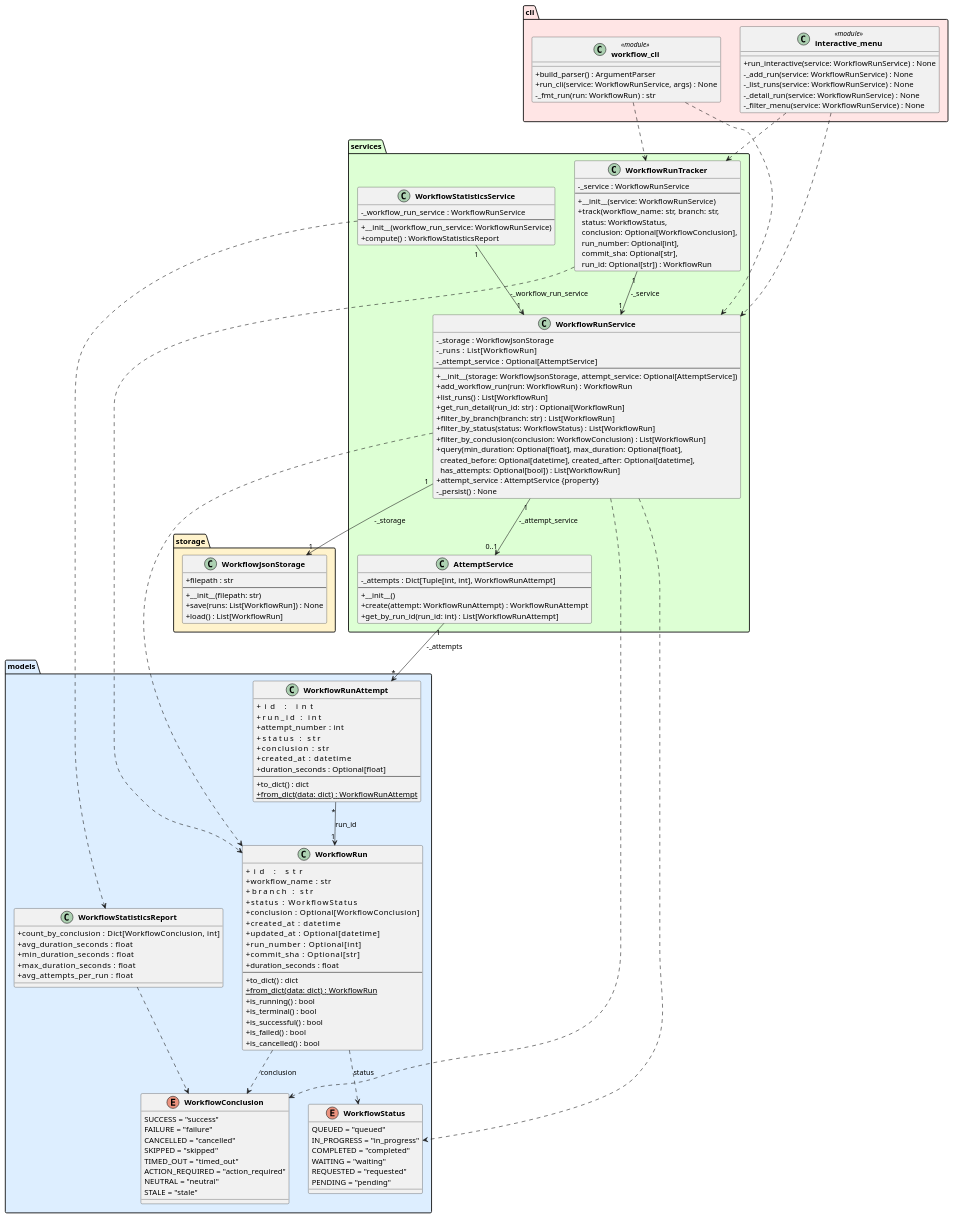
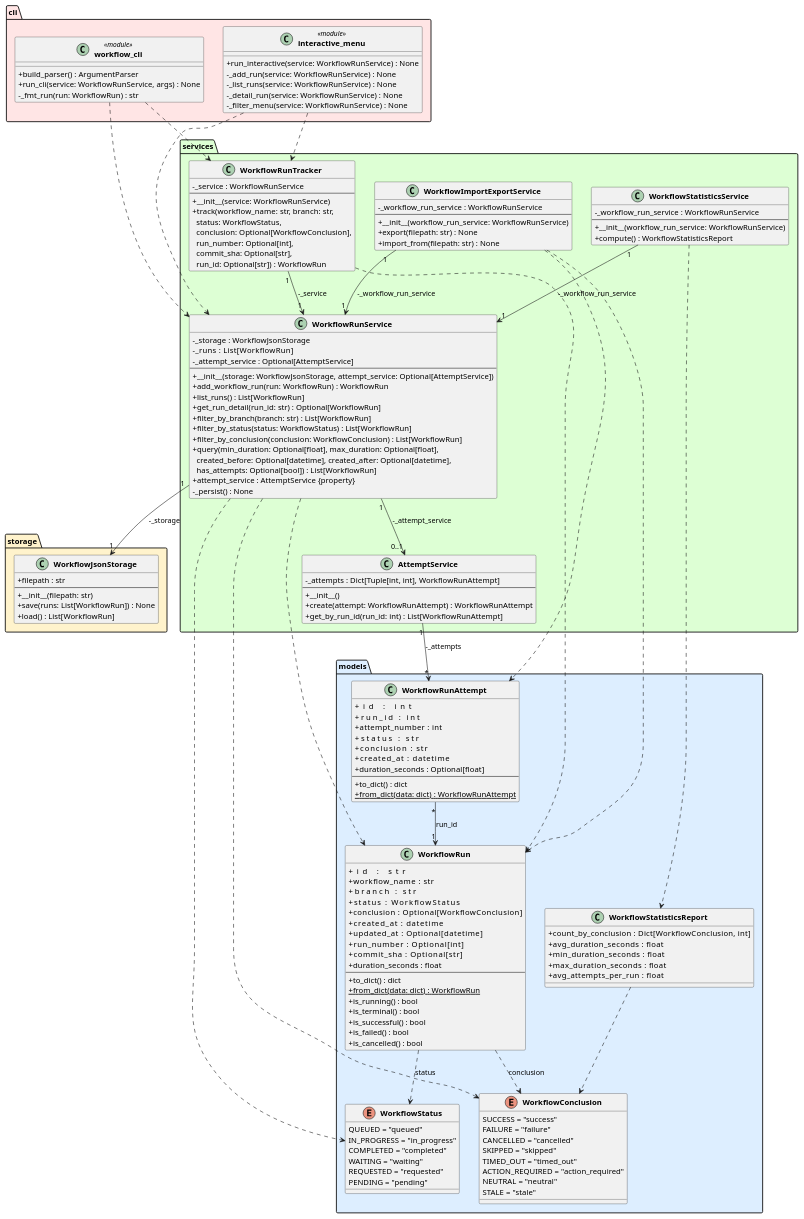
The diagram in experiments/supervisor_as_tools/test_driven/github-workflow-manager/artifacts/class_diagram.puml (DanielRiha8906/Software_autoevolution_using_agents), drawn with PlantUML before and after one commit. The commit also changed 6 other files, not shown here.

```diff
--- a/experiments/supervisor_as_tools/test_driven/github-workflow-manager/artifacts/class_diagram.puml
+++ b/experiments/supervisor_as_tools/test_driven/github-workflow-manager/artifacts/class_diagram.puml
@@ -1,156 +1,167 @@
 @startuml class_diagram
 
 skinparam classAttributeIconSize 0
 skinparam classFontStyle bold
 
 package "models" #DDEEFF {
     enum WorkflowStatus {
         QUEUED = "queued"
         IN_PROGRESS = "in_progress"
         COMPLETED = "completed"
         WAITING = "waiting"
         REQUESTED = "requested"
         PENDING = "pending"
     }
 
     enum WorkflowConclusion {
         SUCCESS = "success"
         FAILURE = "failure"
         CANCELLED = "cancelled"
         SKIPPED = "skipped"
         TIMED_OUT = "timed_out"
         ACTION_REQUIRED = "action_required"
         NEUTRAL = "neutral"
         STALE = "stale"
     }
 
     class WorkflowRun {
         +id                : str
         +workflow_name     : str
         +branch            : str
         +status            : WorkflowStatus
         +conclusion        : Optional[WorkflowConclusion]
         +created_at        : datetime
         +updated_at        : Optional[datetime]
         +run_number        : Optional[int]
         +commit_sha        : Optional[str]
         +duration_seconds  : float
         --
         +to_dict() : dict
         +{static} from_dict(data: dict) : WorkflowRun
         +is_running() : bool
         +is_terminal() : bool
         +is_successful() : bool
         +is_failed() : bool
         +is_cancelled() : bool
     }
 
     class WorkflowRunAttempt {
         +id                : int
         +run_id            : int
         +attempt_number    : int
         +status            : str
         +conclusion        : str
         +created_at        : datetime
         +duration_seconds  : Optional[float]
         --
         +to_dict() : dict
         +{static} from_dict(data: dict) : WorkflowRunAttempt
     }
 
     class WorkflowStatisticsReport {
         +count_by_conclusion      : Dict[WorkflowConclusion, int]
         +avg_duration_seconds     : float
         +min_duration_seconds     : float
         +max_duration_seconds     : float
         +avg_attempts_per_run     : float
     }
 }
 
 package "storage" #FFF3CC {
     class WorkflowJsonStorage {
         +filepath : str
         --
         +__init__(filepath: str)
         +save(runs: List[WorkflowRun]) : None
         +load() : List[WorkflowRun]
     }
 }
 
 package "services" #DDFFD4 {
     class WorkflowRunService {
         -_storage : WorkflowJsonStorage
         -_runs    : List[WorkflowRun]
         -_attempt_service : Optional[AttemptService]
         --
         +__init__(storage: WorkflowJsonStorage, attempt_service: Optional[AttemptService])
         +add_workflow_run(run: WorkflowRun) : WorkflowRun
         +list_runs() : List[WorkflowRun]
         +get_run_detail(run_id: str) : Optional[WorkflowRun]
         +filter_by_branch(branch: str) : List[WorkflowRun]
         +filter_by_status(status: WorkflowStatus) : List[WorkflowRun]
         +filter_by_conclusion(conclusion: WorkflowConclusion) : List[WorkflowRun]
         +query(min_duration: Optional[float], max_duration: Optional[float],\n  created_before: Optional[datetime], created_after: Optional[datetime],\n  has_attempts: Optional[bool]) : List[WorkflowRun]
         +attempt_service : AttemptService {property}
         -_persist() : None
     }
 
     class WorkflowRunTracker {
         -_service : WorkflowRunService
         --
         +__init__(service: WorkflowRunService)
         +track(workflow_name: str, branch: str,\n  status: WorkflowStatus,\n  conclusion: Optional[WorkflowConclusion],\n  run_number: Optional[int],\n  commit_sha: Optional[str],\n  run_id: Optional[str]) : WorkflowRun
     }
 
     class AttemptService {
         -_attempts : Dict[Tuple[int, int], WorkflowRunAttempt]
         --
         +__init__()
         +create(attempt: WorkflowRunAttempt) : WorkflowRunAttempt
         +get_by_run_id(run_id: int) : List[WorkflowRunAttempt]
     }
 
     class WorkflowStatisticsService {
         -_workflow_run_service : WorkflowRunService
         --
         +__init__(workflow_run_service: WorkflowRunService)
         +compute() : WorkflowStatisticsReport
     }
+
+    class WorkflowImportExportService {
+        -_workflow_run_service : WorkflowRunService
+        --
+        +__init__(workflow_run_service: WorkflowRunService)
+        +export(filepath: str) : None
+        +import_from(filepath: str) : None
+    }
 }
 
 package "cli" #FFE5E5 {
     class "workflow_cli" <<module>> {
         +build_parser() : ArgumentParser
         +run_cli(service: WorkflowRunService, args) : None
         -_fmt_run(run: WorkflowRun) : str
     }
 
     class "interactive_menu" <<module>> {
         +run_interactive(service: WorkflowRunService) : None
         -_add_run(service: WorkflowRunService) : None
         -_list_runs(service: WorkflowRunService) : None
         -_detail_run(service: WorkflowRunService) : None
         -_filter_menu(service: WorkflowRunService) : None
     }
 }
 
 WorkflowRun                ..>  WorkflowStatus             : status
 WorkflowRun                ..>  WorkflowConclusion         : conclusion
 WorkflowRunAttempt    "*" --> "1" WorkflowRun             : run_id
 WorkflowRunService    "1" --> "1" WorkflowJsonStorage     : -_storage
 WorkflowRunService    "1" --> "0..1" AttemptService       : -_attempt_service
 WorkflowRunService         ..>  WorkflowRun
 WorkflowRunService         ..>  WorkflowStatus
 WorkflowRunService         ..>  WorkflowConclusion
 WorkflowRunTracker    "1" --> "1" WorkflowRunService      : -_service
 WorkflowRunTracker         ..>  WorkflowRun
 AttemptService       "1" --> "*" WorkflowRunAttempt       : -_attempts
 WorkflowStatisticsService "1" --> "1" WorkflowRunService  : -_workflow_run_service
 WorkflowStatisticsService      ..>  WorkflowStatisticsReport
 WorkflowStatisticsReport       ..>  WorkflowConclusion
+WorkflowImportExportService "1" --> "1" WorkflowRunService  : -_workflow_run_service
+WorkflowImportExportService    ..>  WorkflowRun
+WorkflowImportExportService    ..>  WorkflowRunAttempt
 "workflow_cli"             ..>  WorkflowRunService
 "workflow_cli"             ..>  WorkflowRunTracker
 "interactive_menu"         ..>  WorkflowRunService
 "interactive_menu"         ..>  WorkflowRunTracker
 
 @enduml
```
